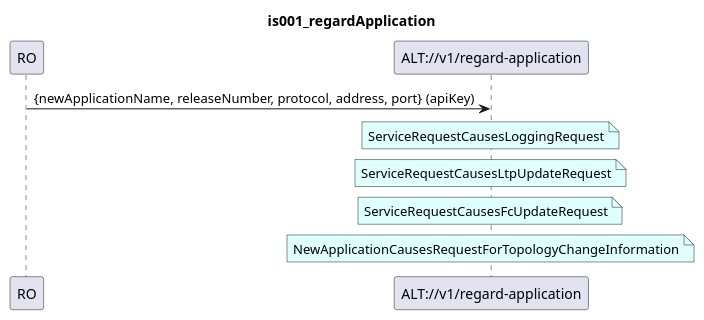
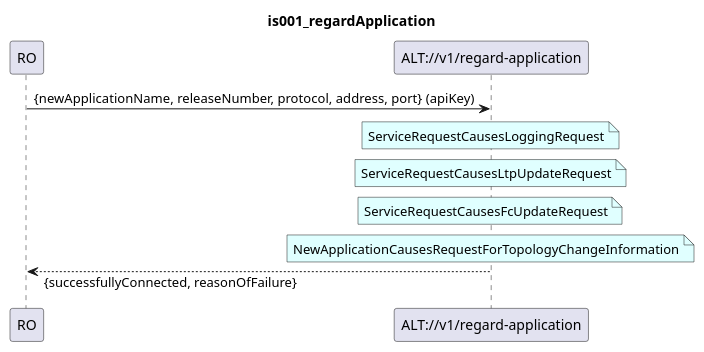
One commit to openBackhaul/ApplicationLayerTopology changed the diagram in spec/diagrams/ServiceView/is001_regardApplication.plantuml. Above: the diagram before and after it, drawn with PlantUML. The commit also changed 1 other file, not shown here.

```diff
--- a/spec/diagrams/ServiceView/is001_regardApplication.plantuml
+++ b/spec/diagrams/ServiceView/is001_regardApplication.plantuml
@@ -1,29 +1,31 @@
 @startuml is001_regardApplication
 skinparam responseMessageBelowArrow true
 
 title
 is001_regardApplication
 end title
 
 participant "RO" as ro
 participant "ALT://v1/regard-application" as alt
 
 ro -> alt : {newApplicationName, releaseNumber, protocol, address, port} (apiKey)
 
 note over alt #LightCyan
 ServiceRequestCausesLoggingRequest
 end note
 
 note over alt #LightCyan
 ServiceRequestCausesLtpUpdateRequest
 end note
 
 note over alt #LightCyan
 ServiceRequestCausesFcUpdateRequest
 end note
 
 note over alt #LightCyan
 NewApplicationCausesRequestForTopologyChangeInformation
 end note
 
+ro <-- alt : {successfullyConnected, reasonOfFailure}
+
 @enduml
```
